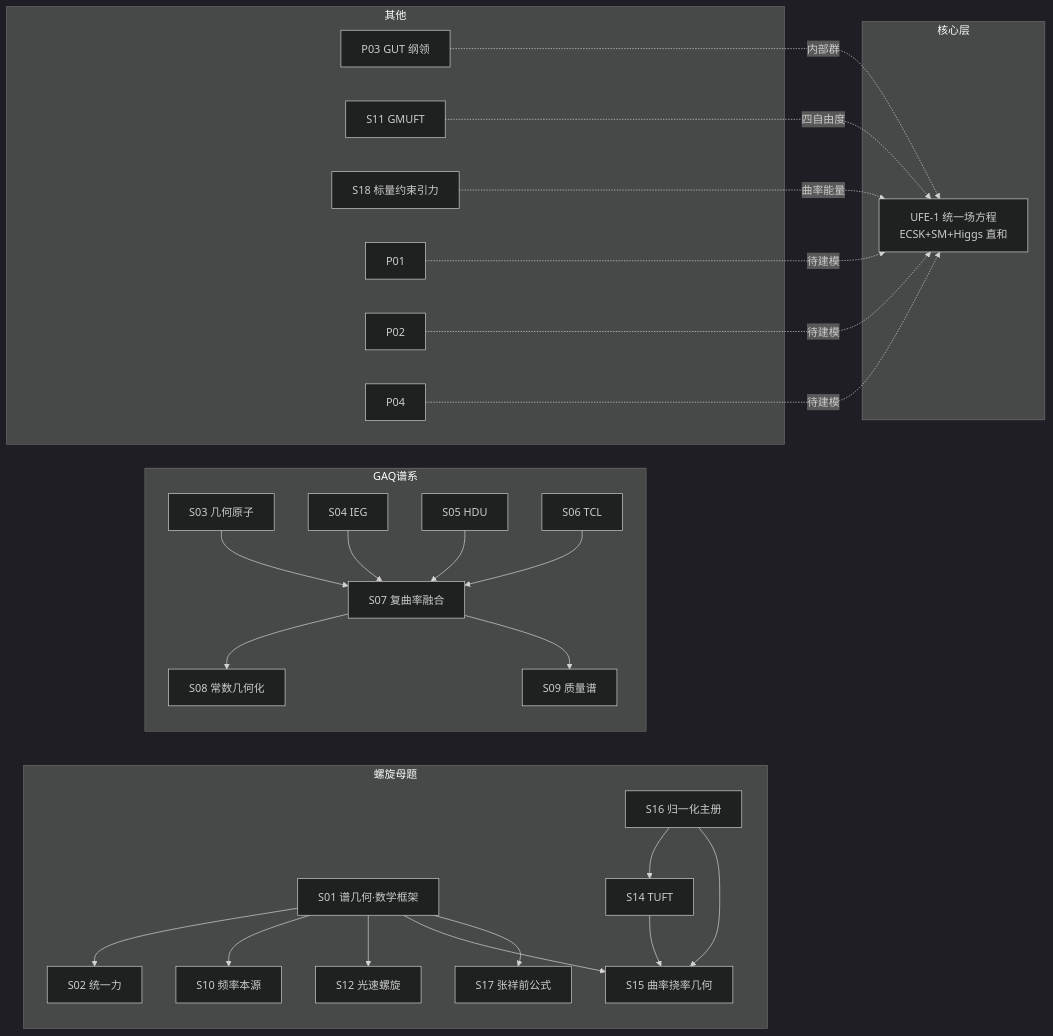
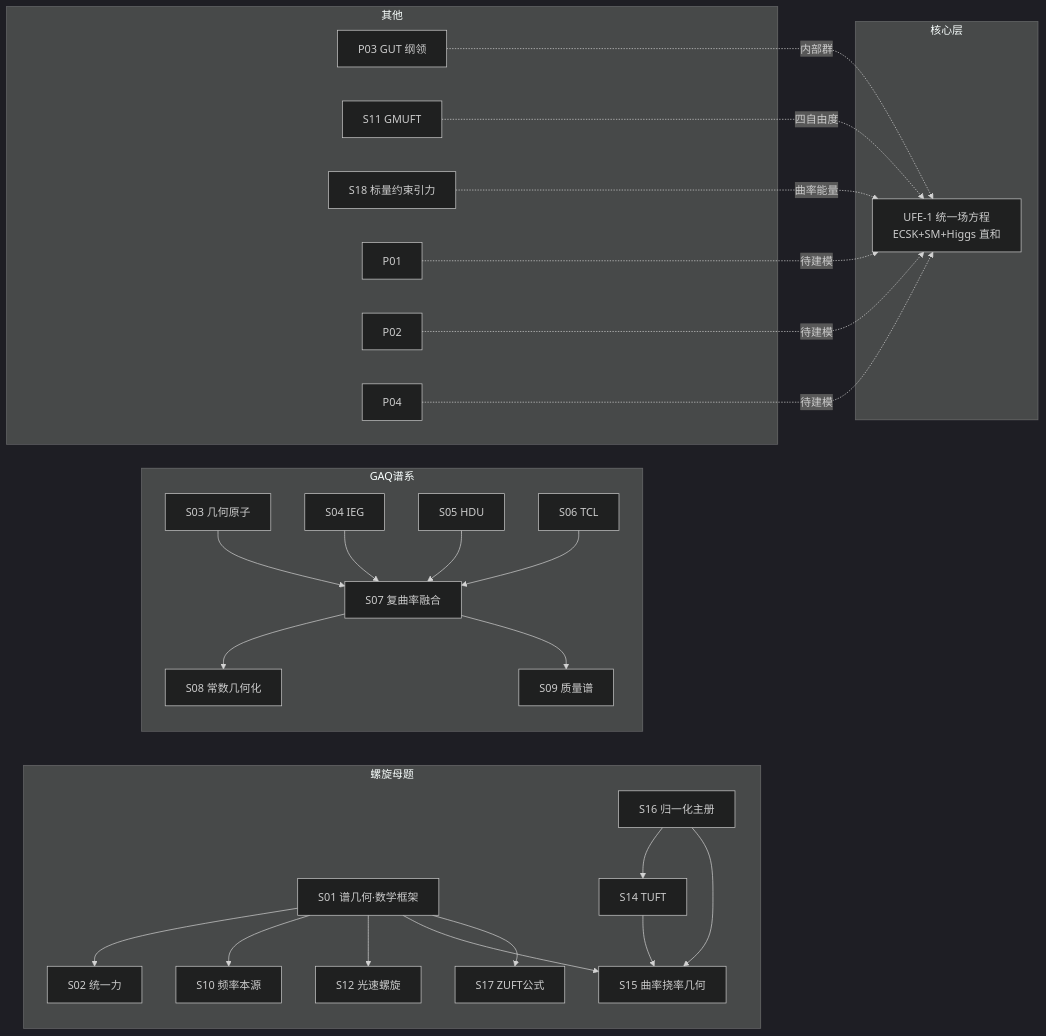
The diagram in 04_公共成果/统一场论理论体系总览总结.md (aikjx/openuft), drawn with Mermaid (dark theme) before and after one commit. The commit also changed other lines of this file and 2655 other files, not shown here.

Commit message:
fix(判决): openuft-graph 中 B-12 条目常数标注由

````diff
--- a/04_公共成果/统一场论理论体系总览总结.md
+++ b/04_公共成果/统一场论理论体系总览总结.md
@@ -722,30 +722,30 @@
 ```mermaid
 graph LR
     subgraph 核心层
         UFE1[UFE-1 统一场方程<br/>ECSK+SM+Higgs 直和]
     end
     subgraph 螺旋母题
         S01[S01 谱几何·数学框架] --> S02[S02 统一力]
         S01 --> S10[S10 频率本源]
         S01 --> S12[S12 光速螺旋]
         S01 --> S15[S15 曲率挠率几何]
-        S01 --> S17[S17 张祥前公式]
+        S01 --> S17[S17 ZUFT公式]
         S14[S14 TUFT] --> S15
         S16[S16 归一化主册] --> S14
         S16 --> S15
     end
     subgraph GAQ谱系
         S03[S03 几何原子] --> S07[S07 复曲率融合]
         S04[S04 IEG] --> S07
         S05[S05 HDU] --> S07
         S06[S06 TCL] --> S07
         S07 --> S08[S08 常数几何化]
         S07 --> S09[S09 质量谱]
     end
     subgraph 其他
         P03[P03 GUT 纲领] -.内部群.-> UFE1
         S11[S11 GMUFT] -.四自由度.-> UFE1
         S18[S18 标量约束引力] -.曲率能量.-> UFE1
         P01[P01] & P02[P02] & P04[P04] -.待建模.-> UFE1
     end
 ```
````
